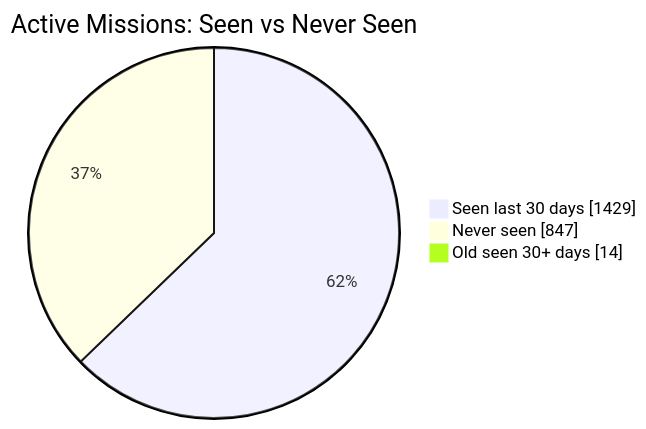
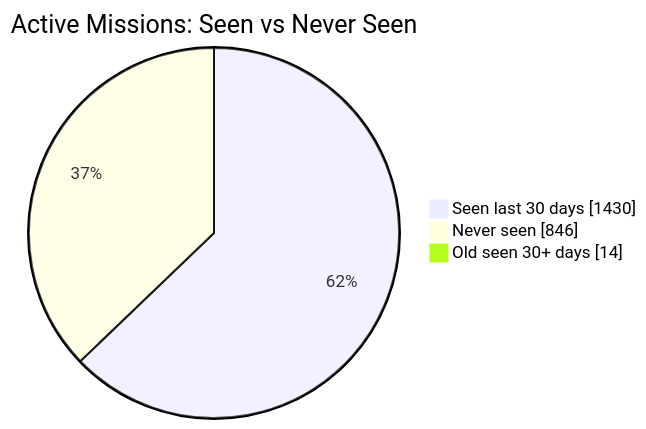
Before and after one commit to MeldkamerspelGameTeam/active-missions: the first of 2 diagrams in README.md, drawn with Mermaid. The commit also changed other lines of this file and 3 other files, not shown here.

````diff
--- a/README.md
+++ b/README.md
@@ -34,7 +34,7 @@
 ```mermaid
 pie showData
     title Active Missions: Seen vs Never Seen
-    "Seen last 30 days" : 1429
-    "Never seen" : 847
+    "Seen last 30 days" : 1430
+    "Never seen" : 846
     "Old seen 30+ days" : 14
 ```
````
